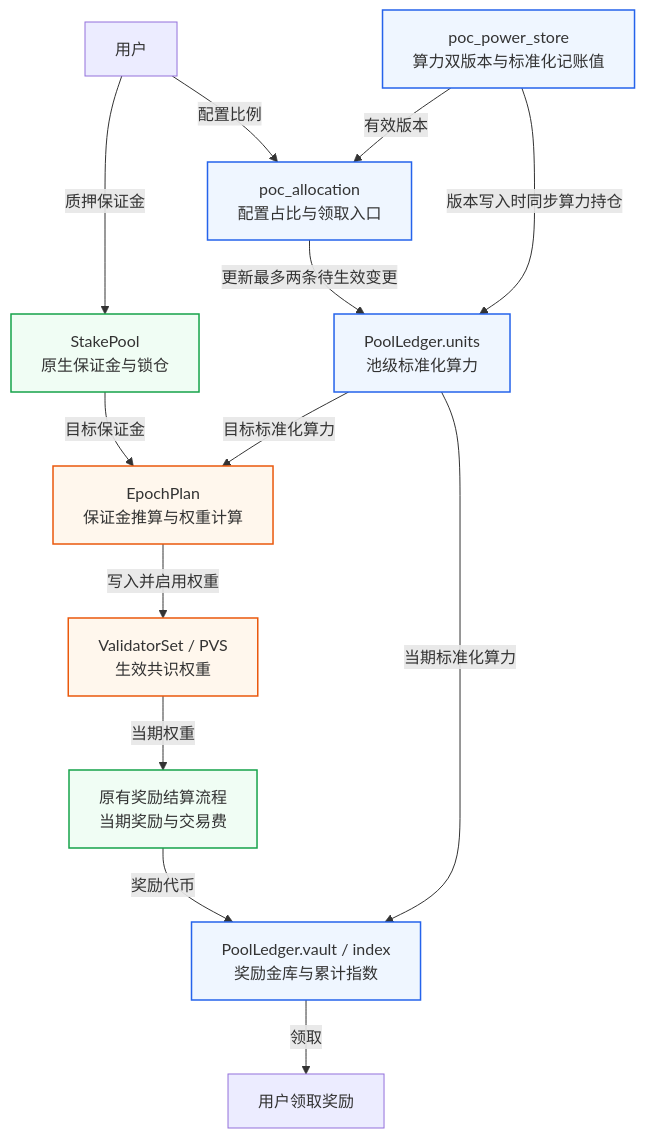
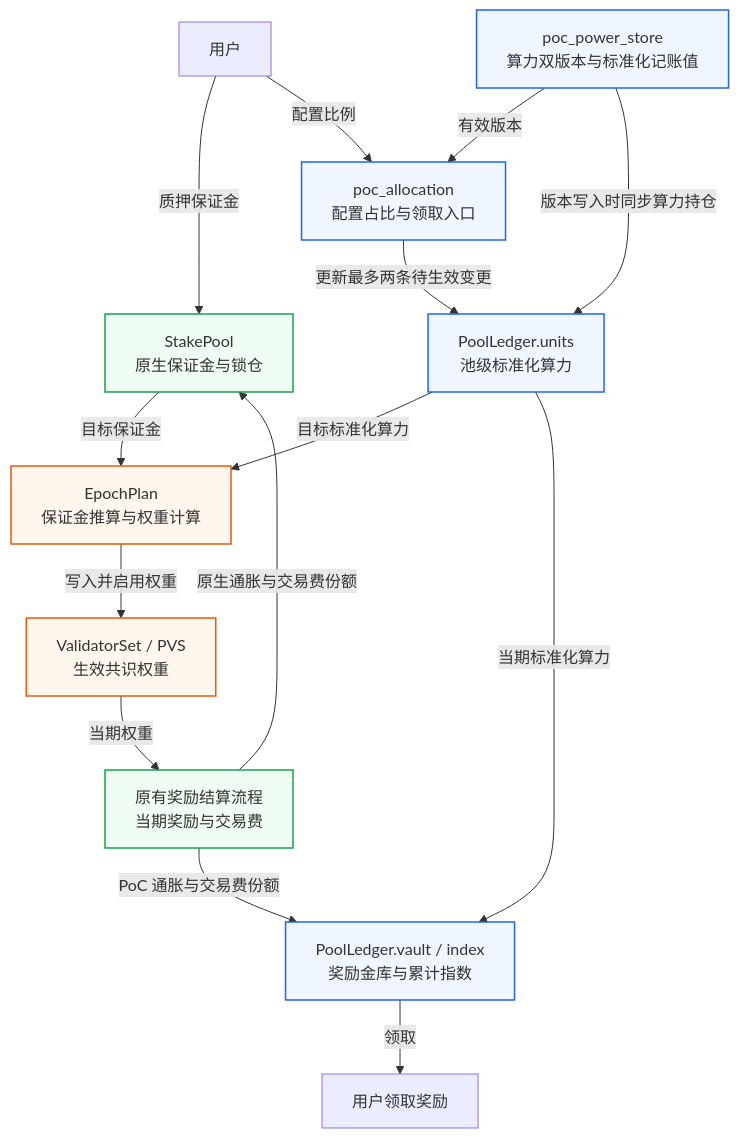
The first of 2 diagrams in docs/draft/POC_CONSENSUS_V2_MINIMAL_POWER_REWARD_DESIGN.md (tuminfei/aptos-core), drawn with Mermaid before and after one commit. The commit also changed other lines of this file and 20 other files, not shown here.

````diff
--- a/docs/draft/POC_CONSENSUS_V2_MINIMAL_POWER_REWARD_DESIGN.md
+++ b/docs/draft/POC_CONSENSUS_V2_MINIMAL_POWER_REWARD_DESIGN.md
@@ -94,33 +101,34 @@
 ```mermaid
 flowchart TB
     USER["用户"]
     STORE["poc_power_store<br/>算力双版本与标准化记账值"]
     ALLOC["poc_allocation<br/>配置占比与领取入口"]
     STAKE["StakePool<br/>原生保证金与锁仓"]
     POOL["PoolLedger.units<br/>池级标准化算力"]
     PLAN["EpochPlan<br/>保证金推算与权重计算"]
     SET["ValidatorSet / PVS<br/>生效共识权重"]
     REWARD["原有奖励结算流程<br/>当期奖励与交易费"]
     VAULT["PoolLedger.vault / index<br/>奖励金库与累计指数"]
     CLAIM["用户领取奖励"]
 
     USER -->|"质押保证金"| STAKE
     USER -->|"配置比例"| ALLOC
     STORE -->|"有效版本"| ALLOC
     STORE -->|"版本写入时同步算力持仓"| POOL
     ALLOC -->|"更新最多两条待生效变更"| POOL
     STAKE -->|"目标保证金"| PLAN
     POOL -->|"目标标准化算力"| PLAN
     PLAN -->|"写入并启用权重"| SET
     SET -->|"当期权重"| REWARD
-    REWARD -->|"奖励代币"| VAULT
+    REWARD -->|"原生通胀与交易费份额"| STAKE
+    REWARD -->|"PoC 通胀与交易费份额"| VAULT
     POOL -->|"当期标准化算力"| VAULT
     VAULT -->|"领取"| CLAIM
 
     classDef poc fill:#eff6ff,stroke:#2563eb,stroke-width:1.5px
     classDef native fill:#f0fdf4,stroke:#16a34a,stroke-width:1.5px
     classDef authority fill:#fff7ed,stroke:#ea580c,stroke-width:1.5px
     class STORE,ALLOC,POOL,VAULT poc
     class STAKE,REWARD native
     class PLAN,SET authority
 ```
````
